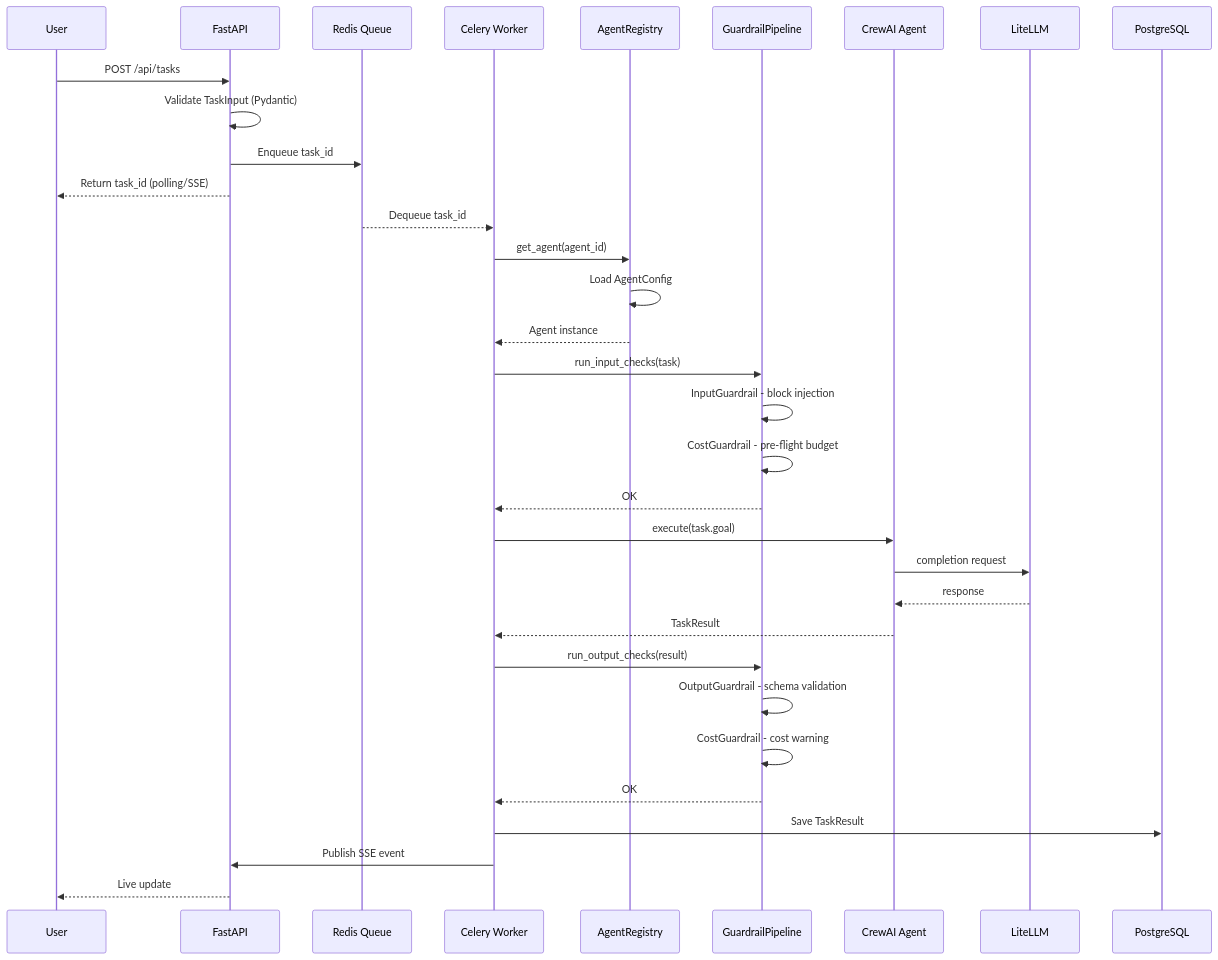
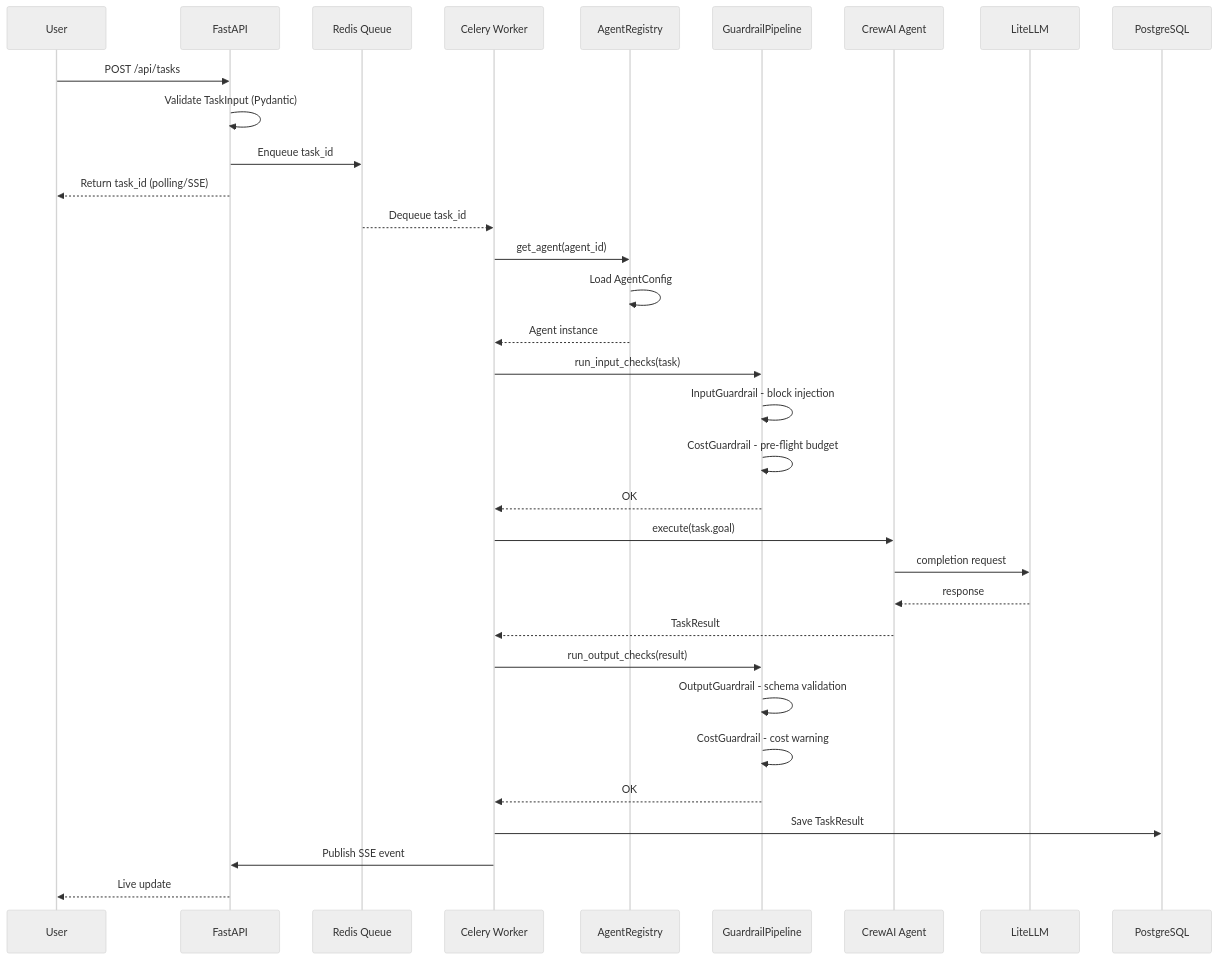
One commit to phucsystem/agent-foundry changed the fourth of 7 diagrams in docs/system-architecture.md. Above: the diagram before and after it, drawn with Mermaid. The commit also changed other lines of this file, not shown here.

First line of the commit message:
docs: update mermaid diagrams for dark theme compatibility

````diff
--- a/docs/system-architecture.md
+++ b/docs/system-architecture.md
@@ -181,41 +184,42 @@
 ```mermaid
+%%{init: {'theme': 'neutral'}}%%
 sequenceDiagram
     participant User as User
     participant API as FastAPI
     participant Redis as Redis Queue
     participant Worker as Celery Worker
     participant Reg as AgentRegistry
     participant Pipe as GuardrailPipeline
     participant CrewAI as CrewAI Agent
     participant LLM as LiteLLM
     participant DB as PostgreSQL
 
     User->>API: POST /api/tasks
     API->>API: Validate TaskInput (Pydantic)
     API->>Redis: Enqueue task_id
     API-->>User: Return task_id (polling/SSE)
 
     Redis-->>Worker: Dequeue task_id
     Worker->>Reg: get_agent(agent_id)
     Reg->>Reg: Load AgentConfig
     Reg-->>Worker: Agent instance
 
     Worker->>Pipe: run_input_checks(task)
     Pipe->>Pipe: InputGuardrail - block injection
     Pipe->>Pipe: CostGuardrail - pre-flight budget
     Pipe-->>Worker: OK
 
     Worker->>CrewAI: execute(task.goal)
     CrewAI->>LLM: completion request
     LLM-->>CrewAI: response
     CrewAI-->>Worker: TaskResult
 
     Worker->>Pipe: run_output_checks(result)
     Pipe->>Pipe: OutputGuardrail - schema validation
     Pipe->>Pipe: CostGuardrail - cost warning
     Pipe-->>Worker: OK
 
     Worker->>DB: Save TaskResult
     Worker->>API: Publish SSE event
     API-->>User: Live update
 ```
````
